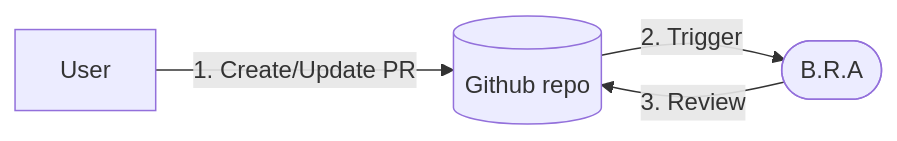
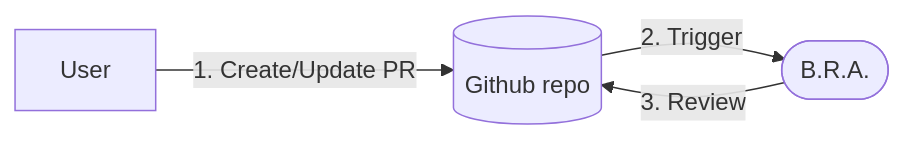
The diagram in README.md (SukJinKim/Boramae-reviews-algorithm), drawn with Mermaid before and after one commit. The commit also changed other lines of this file and 1 other file, not shown here.

````diff
--- a/README.md
+++ b/README.md
@@ -138,5 +142,5 @@
    ```mermaid
     flowchart LR;
-    U[User] -- 1. Create/Update PR --> G[(Github repo)] -- 2. Trigger --> B([B.R.A]);
+    U[User] -- 1. Create/Update PR --> G[(Github repo)] -- 2. Trigger --> B([B.R.A.]);
     B -- 3. Review --> G;
    ```
````
